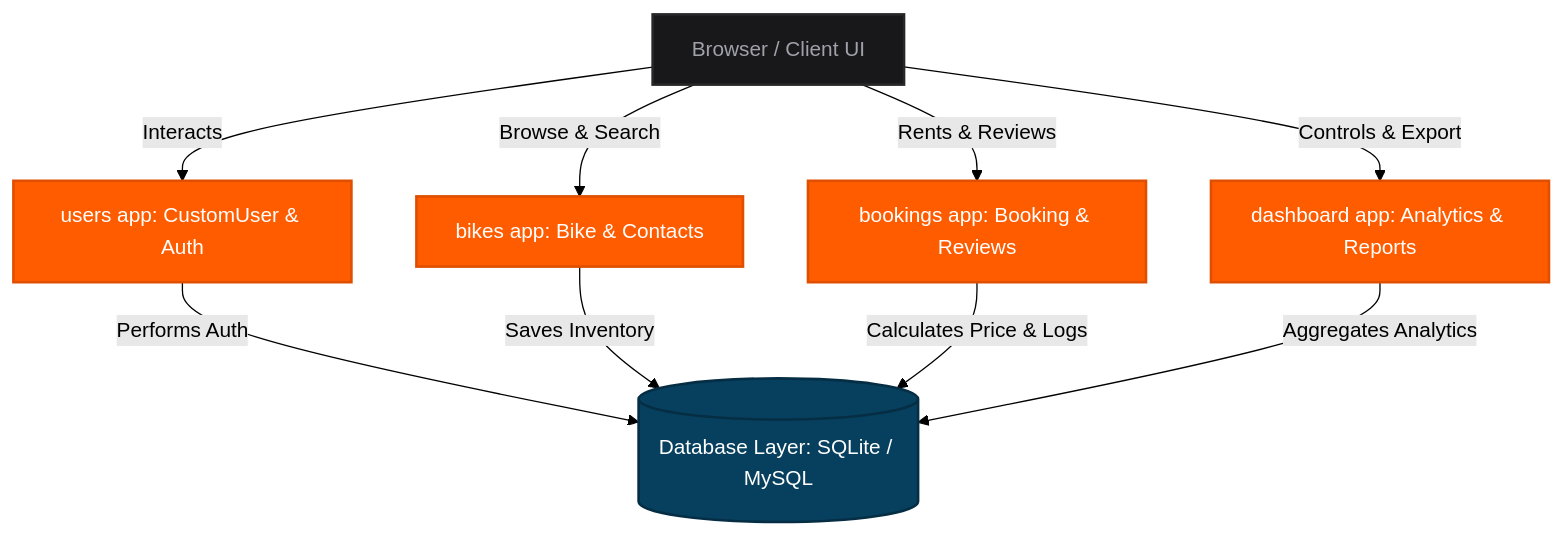
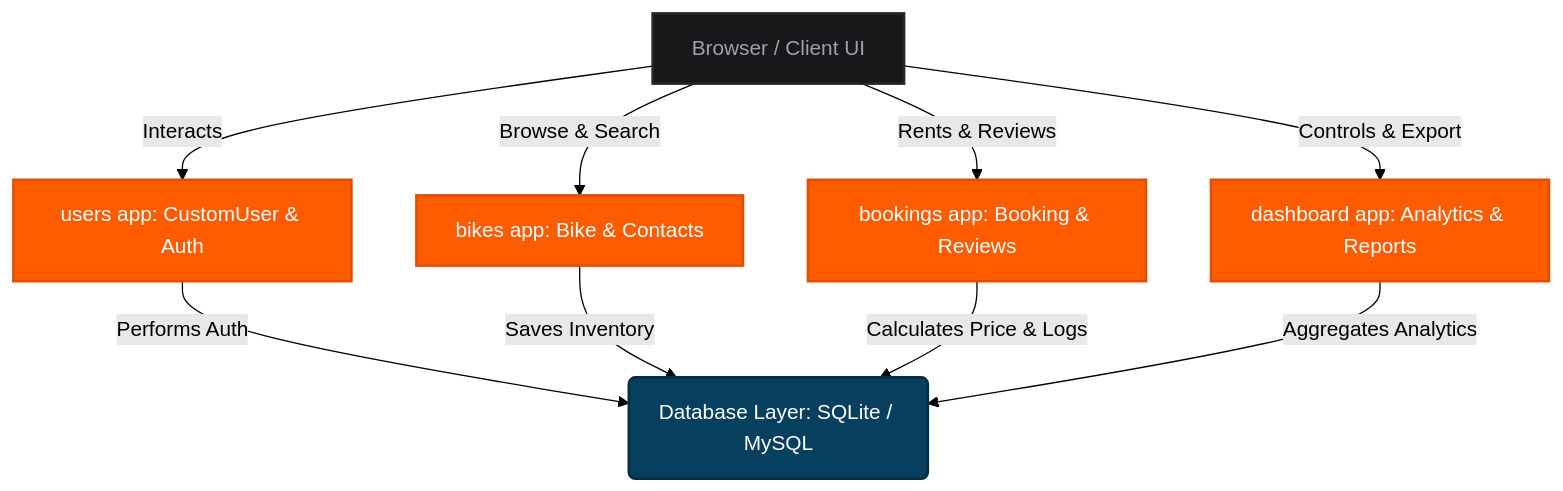
One commit to vedantbolke-dev/rideease changed the diagram in README.md. Above: the diagram before and after it, drawn with Mermaid (forest theme).

Commit message:
Change Database shape to rounded rectangle to fix Mermaid d3 layout bug

````diff
--- a/README.md
+++ b/README.md
@@ -27,30 +27,30 @@
 ```mermaid
 graph TD
     Client[Browser / Client UI]
     UsersApp[users app: CustomUser & Auth]
     BikesApp[bikes app: Bike & Contacts]
     BookingsApp[bookings app: Booking & Reviews]
     DashboardApp[dashboard app: Analytics & Reports]
-    Database[(Database Layer: SQLite / MySQL)]
+    Database("Database Layer: SQLite / MySQL")
 
     Client -->|Interacts| UsersApp
     Client -->|Browse & Search| BikesApp
     Client -->|Rents & Reviews| BookingsApp
     Client -->|Controls & Export| DashboardApp
 
     UsersApp -->|Performs Auth| Database
     BikesApp -->|Saves Inventory| Database
     BookingsApp -->|Calculates Price & Logs| Database
     DashboardApp -->|Aggregates Analytics| Database
 
     classDef appNode fill:#ff5c00,stroke:#e04f00,stroke-width:2px,color:#fff;
     classDef dbNode fill:#07405e,stroke:#052e44,stroke-width:2px,color:#fff;
     classDef clientNode fill:#18181b,stroke:#27272a,stroke-width:2px,color:#a1a1aa;
 
     class Client clientNode;
     class UsersApp appNode;
     class BikesApp appNode;
     class BookingsApp appNode;
     class DashboardApp appNode;
     class Database dbNode;
 ```
````
